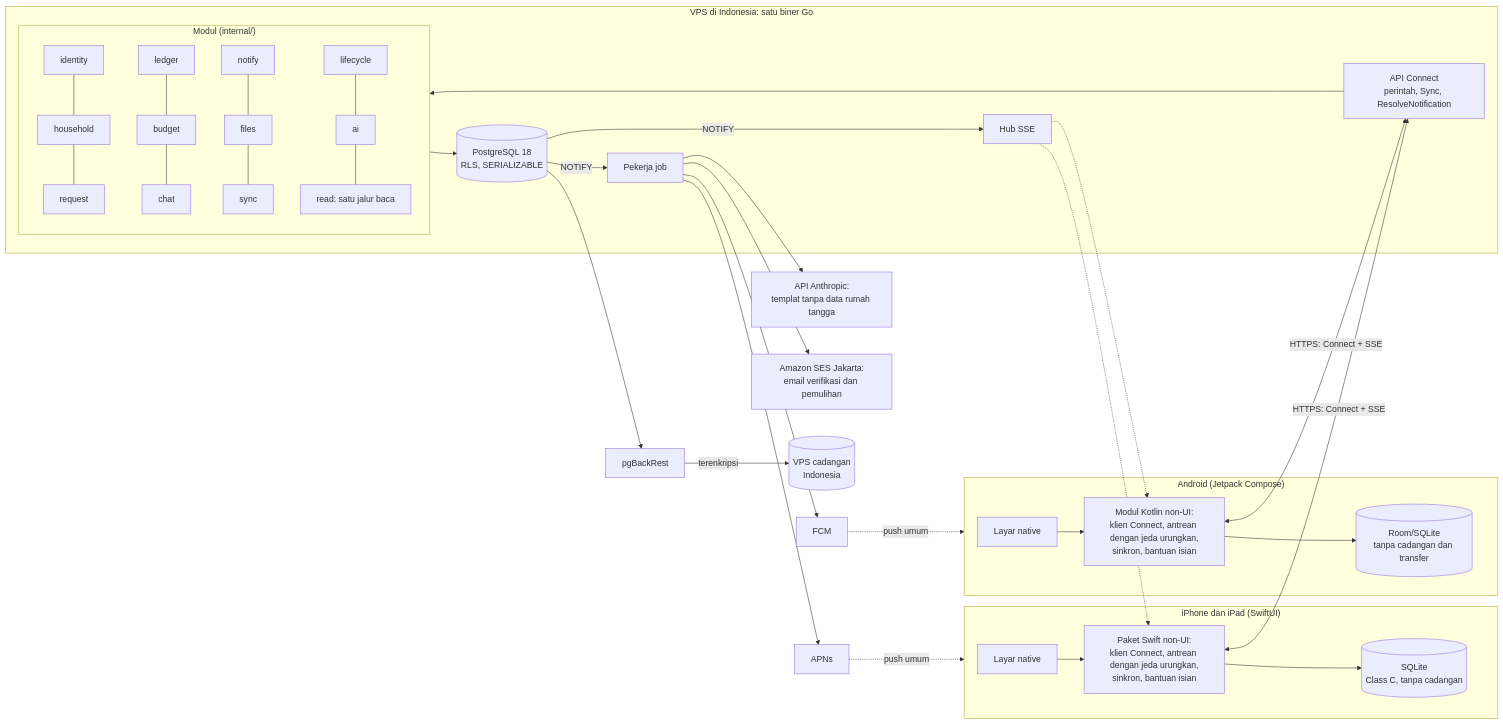
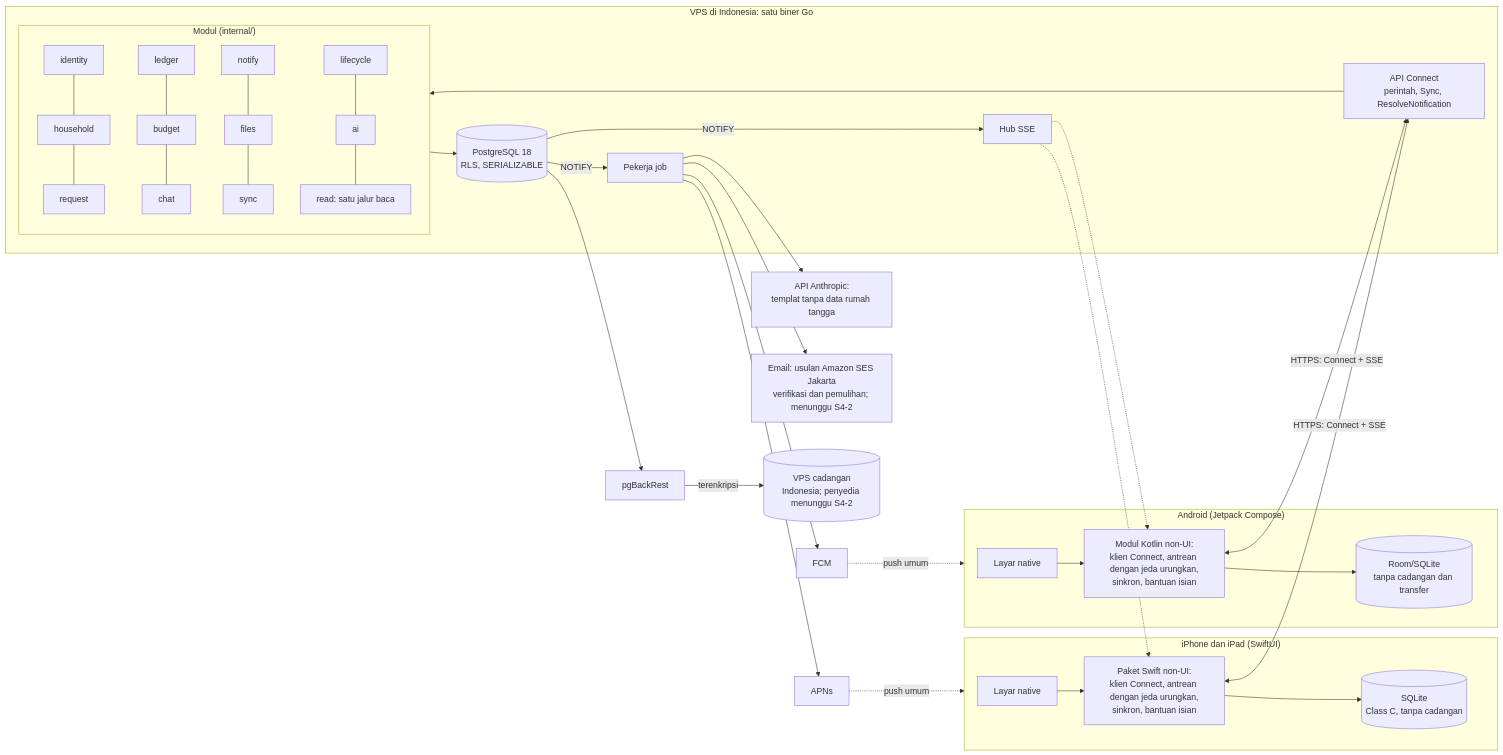
The diagram in docs/09-technical-architecture.md (abiyanzimran/casa), drawn with Mermaid before and after one commit. The commit also changed other lines of this file and 46 other files, not shown here.

````diff
--- a/docs/09-technical-architecture.md
+++ b/docs/09-technical-architecture.md
@@ -68,35 +69,35 @@
 ```mermaid
 flowchart LR
   subgraph ios["iPhone dan iPad (SwiftUI)"]
     IUI[Layar native] --> ICORE[Paket Swift non-UI:<br/>klien Connect, antrean dengan jeda urungkan,<br/>sinkron, bantuan isian]
     ICORE --> IDB[(SQLite<br/>Class C, tanpa cadangan)]
   end
   subgraph and["Android (Jetpack Compose)"]
     AUI[Layar native] --> ACORE[Modul Kotlin non-UI:<br/>klien Connect, antrean dengan jeda urungkan,<br/>sinkron, bantuan isian]
     ACORE --> ADB[(Room/SQLite<br/>tanpa cadangan dan transfer)]
   end
   subgraph vps["VPS di Indonesia: satu biner Go"]
     API[API Connect<br/>perintah, Sync, ResolveNotification]
     SSE[Hub SSE]
     subgraph mods["Modul (internal/)"]
       M1[identity] --- M2[household] --- M3[request]
       M4[ledger] --- M5[budget] --- M6[chat]
       M7[notify] --- M8[files] --- M9[sync]
       M10[lifecycle] --- M11[ai] --- RD[read: satu jalur baca]
     end
     JOB[Pekerja job]
     API --> mods
     mods --> PG[(PostgreSQL 18<br/>RLS, SERIALIZABLE)]
     PG -- NOTIFY --> SSE
     PG -- NOTIFY --> JOB
   end
   ICORE <-->|HTTPS: Connect + SSE| API
   ACORE <-->|HTTPS: Connect + SSE| API
   SSE -.-> ICORE
   SSE -.-> ACORE
   JOB --> APNS[APNs] -.push umum.-> ios
   JOB --> FCM[FCM] -.push umum.-> and
   JOB --> ANT[API Anthropic:<br/>templat tanpa data rumah tangga]
-  JOB --> SES[Amazon SES Jakarta:<br/>email verifikasi dan pemulihan]
-  PG --> BK[pgBackRest] -->|terenkripsi| BV[(VPS cadangan<br/>Indonesia)]
+  JOB --> SES[Email: usulan Amazon SES Jakarta<br/>verifikasi dan pemulihan; menunggu S4-2]
+  PG --> BK[pgBackRest] -->|terenkripsi| BV[(VPS cadangan<br/>Indonesia; penyedia menunggu S4-2)]
 ```
````
